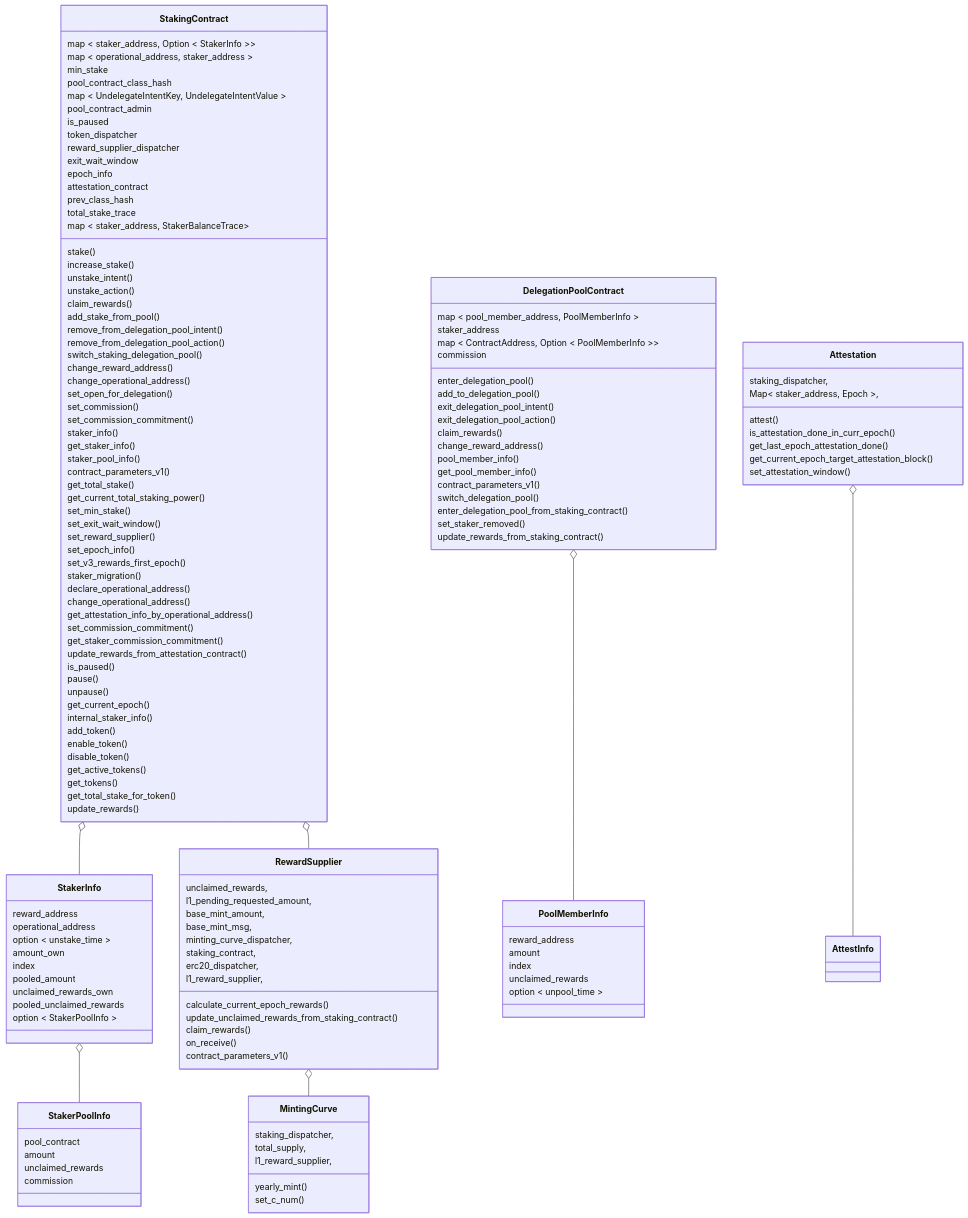
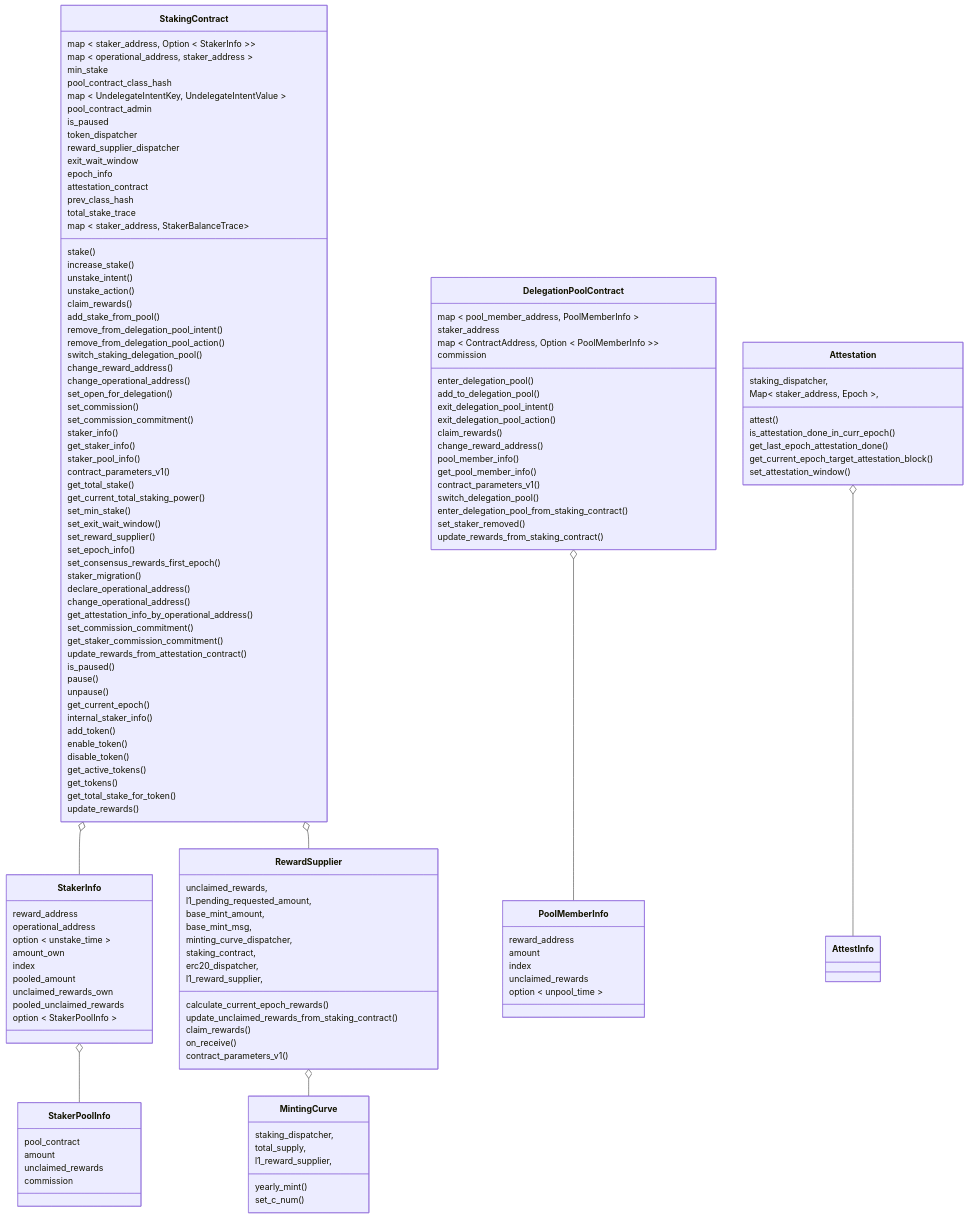
One commit to starkware-libs/starknet-staking changed the first of 8 diagrams in workspace/apps/staking/docs/spec.md. Above: the diagram before and after it, drawn with Mermaid. The commit also changed other lines of this file and 5 other files, not shown here.

Commit message:
chore(staking): rename v3 rewards to consensus (#5231)

```diff
--- a/workspace/apps/staking/docs/spec.md
+++ b/workspace/apps/staking/docs/spec.md
@@ -315,7 +316,7 @@
     set_exit_wait_window()
     set_reward_supplier()
     set_epoch_info()
-    set_v3_rewards_first_epoch()
+    set_consensus_rewards_first_epoch()
     staker_migration()
     declare_operational_address()
     change_operational_address()
```
